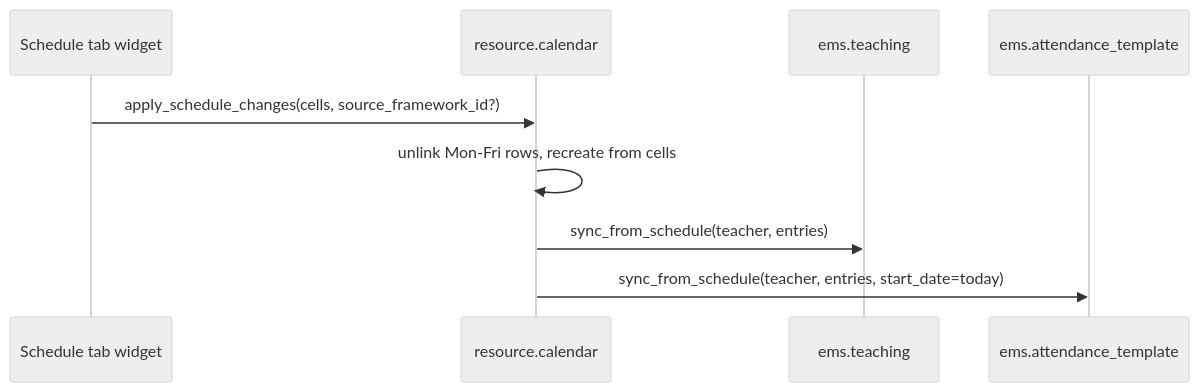
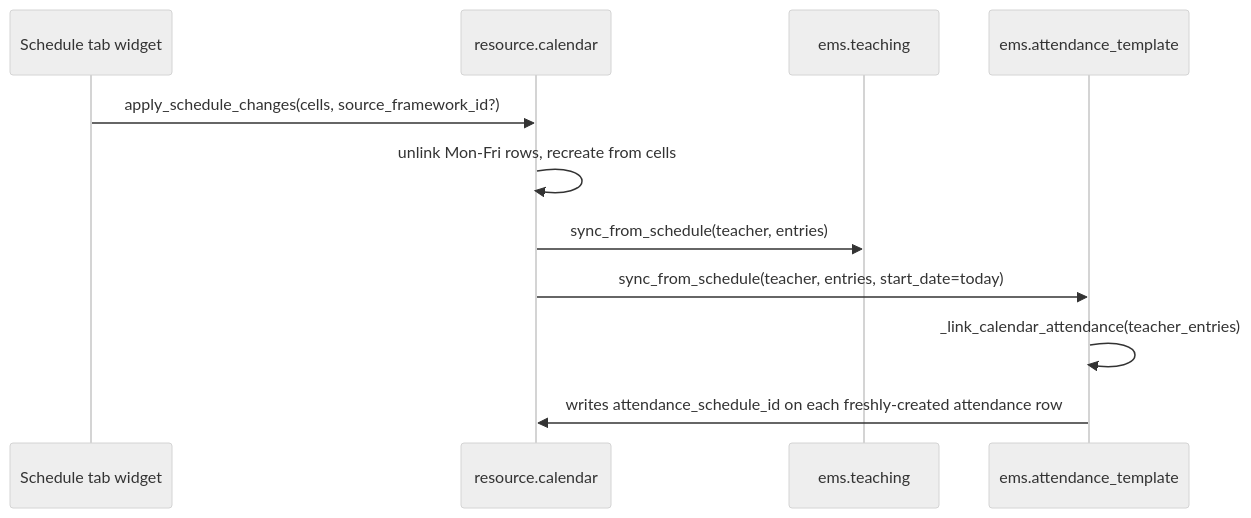
Before and after one commit to ElPuig/EMS: the fourth of 8 diagrams in docs/en/developers/employees/working_schedule.md, drawn with Mermaid (neutral theme). The commit also changed other lines of this file and 13 other files, not shown here.

````diff
--- a/docs/en/developers/employees/working_schedule.md
+++ b/docs/en/developers/employees/working_schedule.md
@@ -113,11 +113,13 @@
 ```mermaid
 sequenceDiagram
     participant W as Schedule tab widget
     participant C as resource.calendar
     participant T as ems.teaching
     participant AT as ems.attendance_template
     W->>C: apply_schedule_changes(cells, source_framework_id?)
     C->>C: unlink Mon-Fri rows, recreate from cells
     C->>T: sync_from_schedule(teacher, entries)
     C->>AT: sync_from_schedule(teacher, entries, start_date=today)
+    AT->>AT: _link_calendar_attendance(teacher_entries)
+    AT->>C: writes attendance_schedule_id on each freshly-created attendance row
 ```
````
